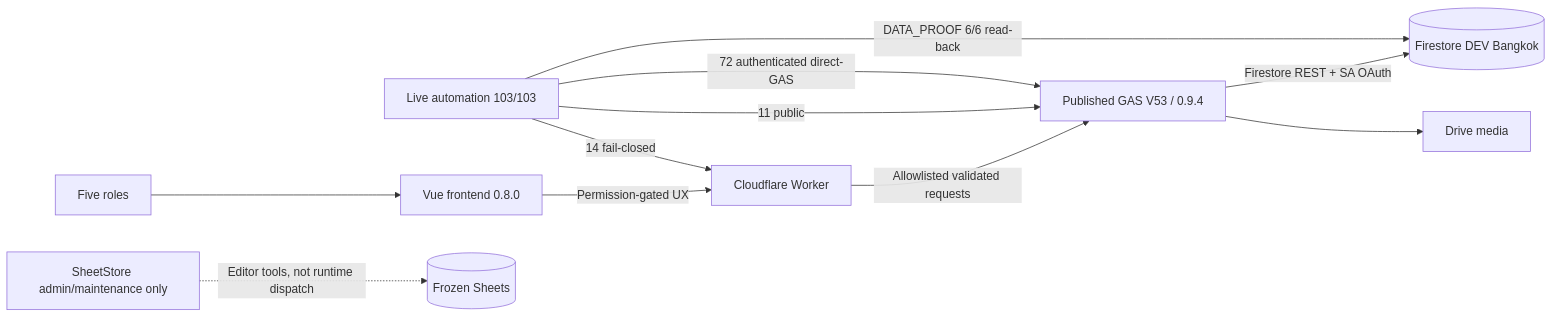
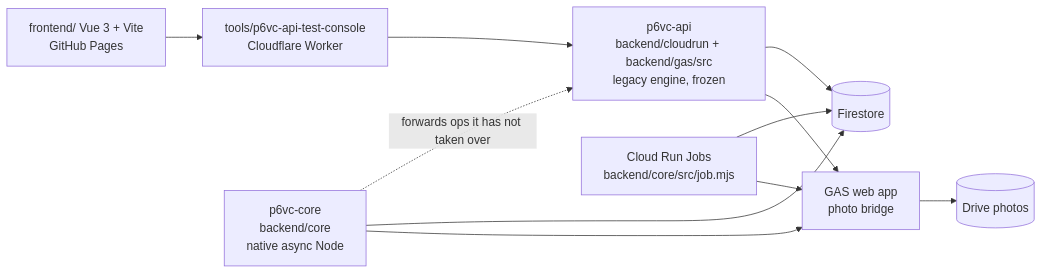
Before and after one commit to idev006/MT-Agency-Super-App-Framework: the diagram in apps/vehicle-contact/docs/PROJECT_HANDOVER.md, drawn with Mermaid. The commit also changed other lines of this file and 16 other files, not shown here.

````diff
--- a/apps/vehicle-contact/docs/PROJECT_HANDOVER.md
+++ b/apps/vehicle-contact/docs/PROJECT_HANDOVER.md
@@ -55,13 +43,13 @@
 ```mermaid
 flowchart LR
-  U[Five roles] --> FE[Vue frontend 0.8.0]
-  FE -->|Permission-gated UX| W[Cloudflare Worker]
-  W -->|Allowlisted validated requests| G[Published GAS V53 / 0.9.4]
-  G -->|Firestore REST + SA OAuth| D[(Firestore DEV Bangkok)]
-  G --> M[Drive media]
-  A[Live automation 103/103] -->|11 public| G
-  A -->|14 fail-closed| W
-  A -->|72 authenticated direct-GAS| G
-  A -->|DATA_PROOF 6/6 read-back| D
-  H[SheetStore admin/maintenance only] -. Editor tools, not runtime dispatch .-> S[(Frozen Sheets)]
+  WEB[frontend/ Vue 3 + Vite<br/>GitHub Pages] --> WK[tools/p6vc-api-test-console<br/>Cloudflare Worker]
+  WK --> API[p6vc-api<br/>backend/cloudrun + backend/gas/src<br/>legacy engine, frozen]
+  CORE[p6vc-core<br/>backend/core<br/>native async Node] -. forwards ops it has not taken over .-> API
+  CORE --> FS[(Firestore)]
+  API --> FS
+  CORE --> GAS[GAS web app<br/>photo bridge]
+  API --> GAS
+  GAS --> DR[(Drive photos)]
+  JOBS[Cloud Run Jobs<br/>backend/core/src/job.mjs] --> FS
+  JOBS --> GAS
 ```
````
